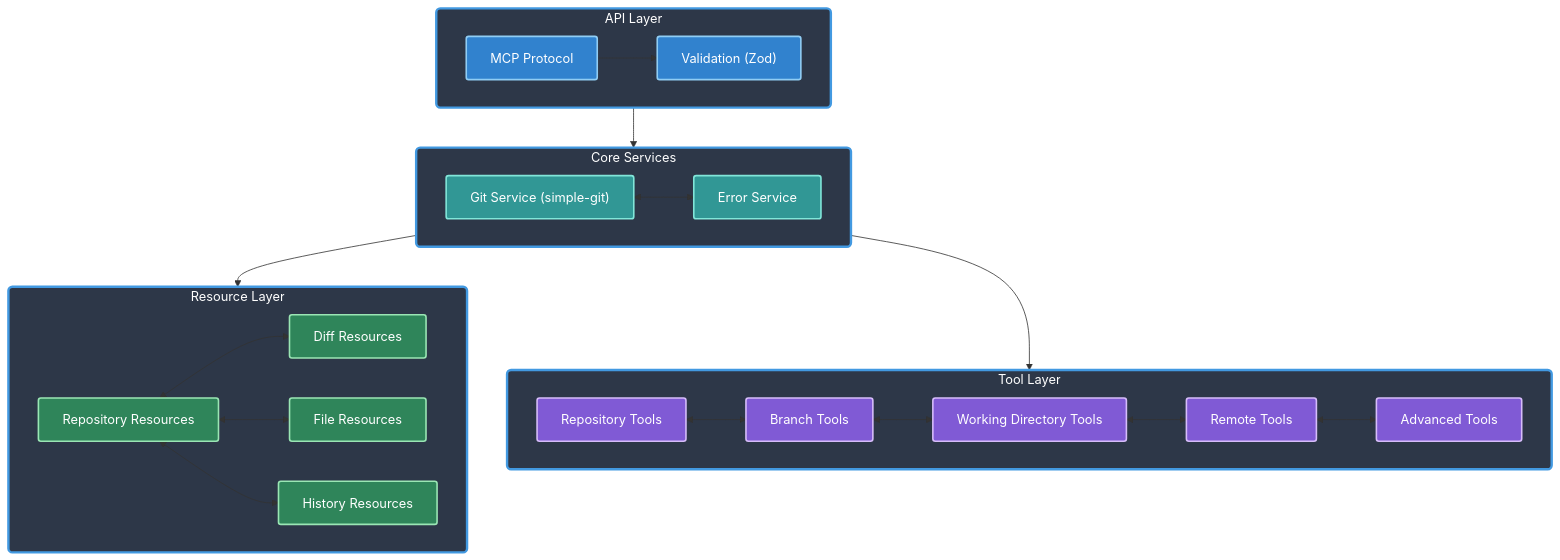
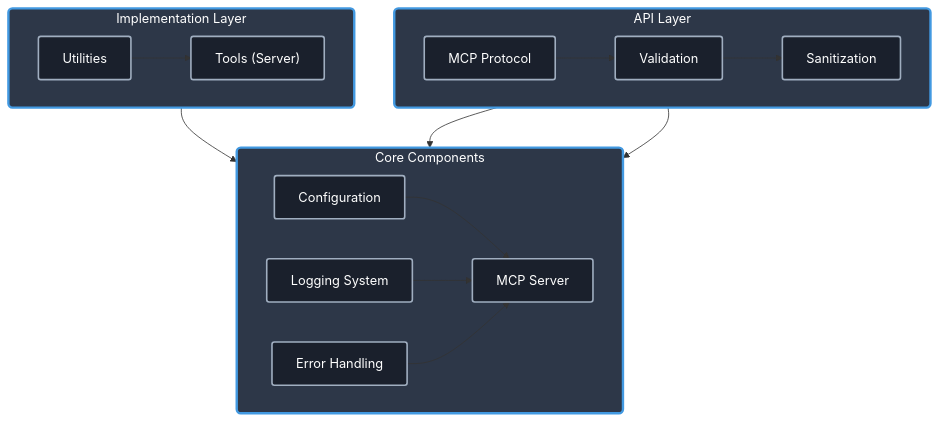
One commit to zhoushaokun/git-mcp-server changed the diagram in README.md. Above: the diagram before and after it, drawn with Mermaid. The commit also changed other lines of this file and 63 other files, not shown here.

````diff
--- a/README.md
+++ b/README.md
@@ -57,61 +60,40 @@
 ```mermaid
 flowchart TB
     subgraph API["API Layer"]
         direction LR
         MCP["MCP Protocol"]
-        Val["Validation (Zod)"]
+        Val["Validation"]
+        San["Sanitization"]
 
-        MCP --> Val
+        MCP --> Val --> San
     end
 
-    subgraph Core["Core Services"]
+    subgraph Core["Core Components"]
         direction LR
-        GitService["Git Service (simple-git)"]
-        ErrorService["Error Service"]
+        Config["Configuration"]
+        Logger["Logging System"]
+        Error["Error Handling"]
+        Server["MCP Server"]
 
-        GitService <--> ErrorService
+        Config --> Server
+        Logger --> Server
+        Error --> Server
     end
 
-    subgraph Resources["Resource Layer"]
+    subgraph Implementation["Implementation Layer"]
         direction LR
-        Repo["Repository Resources"]
-        Diff["Diff Resources"]
-        File["File Resources"]
-        History["History Resources"]
+        Tool["Tools (Server)"]
+        Util["Utilities"]
 
-        Repo <--> Diff
-        Repo <--> File
-        Repo <--> History
+        Tool --> Server
+        Util --> Tool
     end
 
-    subgraph Tools["Tool Layer"]
-        direction LR
-        RepoTools["Repository Tools"]
-        BranchTools["Branch Tools"]
-        WorkdirTools["Working Directory Tools"]
-        RemoteTools["Remote Tools"]
-        AdvancedTools["Advanced Tools"]
-
-        RepoTools <--> BranchTools
-        BranchTools <--> WorkdirTools
-        WorkdirTools <--> RemoteTools
-        RemoteTools <--> AdvancedTools
-    end
-
-    Val --> GitService
-    GitService --> Resources
-    GitService --> Tools
+    San --> Config
+    San --> Server
 
     classDef layer fill:#2d3748,stroke:#4299e1,stroke-width:3px,rx:5,color:#fff
     classDef component fill:#1a202c,stroke:#a0aec0,stroke-width:2px,rx:3,color:#fff
-    classDef api fill:#3182ce,stroke:#90cdf4,stroke-width:2px,rx:3,color:#fff
-    classDef core fill:#319795,stroke:#81e6d9,stroke-width:2px,rx:3,color:#fff
-    classDef resource fill:#2f855a,stroke:#9ae6b4,stroke-width:2px,rx:3,color:#fff
-    classDef tool fill:#805ad5,stroke:#d6bcfa,stroke-width:2px,rx:3,color:#fff
-
-    class API,Core,Resources,Tools layer
-    class MCP,Val api
-    class GitService,ErrorService core
-    class Repo,Diff,File,History resource
-    class RepoTools,BranchTools,WorkdirTools,RemoteTools,AdvancedTools tool
+    class API,Core,Implementation layer
+    class MCP,Val,San,Config,Logger,Error,Server,Tool,Util component
 ```
````
